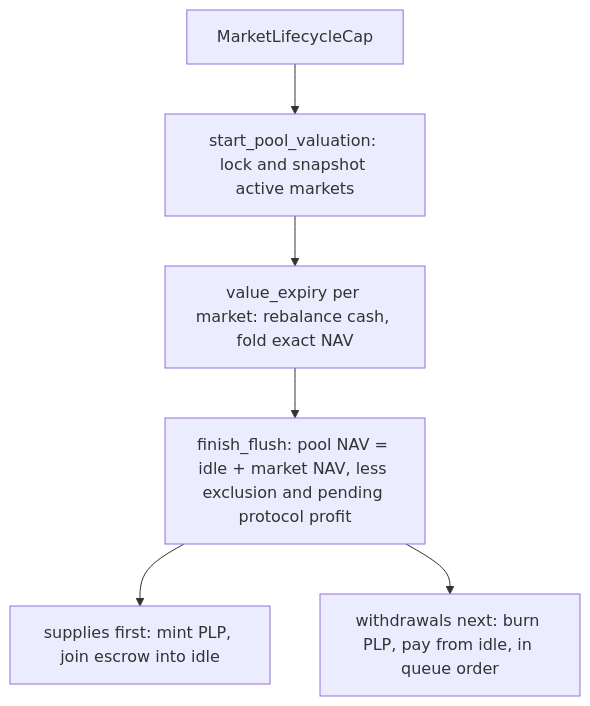
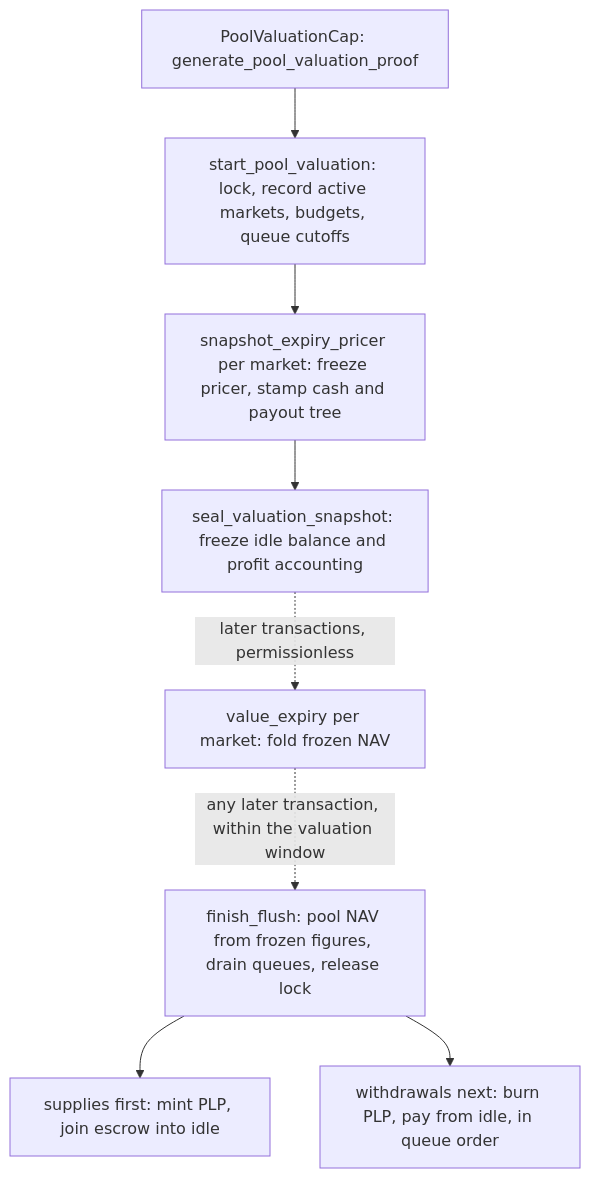
The diagram in docs/content/onchain-finance/deepbook/deepbook-predict/design.mdx (MystenLabs/sui), drawn with Mermaid before and after one commit. The commit also changed other lines of this file and 21 other files, not shown here.

````diff
--- a/docs/content/onchain-finance/deepbook/deepbook-predict/design.mdx
+++ b/docs/content/onchain-finance/deepbook/deepbook-predict/design.mdx
@@ -164,8 +173,10 @@
 ```mermaid
 flowchart TD
-  CAP["MarketLifecycleCap"] --> START["start_pool_valuation: lock and snapshot active markets"]
-  START --> VAL["value_expiry per market: rebalance cash, fold exact NAV"]
-  VAL --> FIN["finish_flush: pool NAV = idle + market NAV, less exclusion and pending protocol profit"]
+  CAP["PoolValuationCap: generate_pool_valuation_proof"] --> START["start_pool_valuation: lock, record active markets, budgets, queue cutoffs"]
+  START --> SNAP["snapshot_expiry_pricer per market: freeze pricer, stamp cash and payout tree"]
+  SNAP --> SEAL["seal_valuation_snapshot: freeze idle balance and profit accounting"]
+  SEAL -. later transactions, permissionless .-> VAL["value_expiry per market: fold frozen NAV"]
+  VAL -. any later transaction, within the valuation window .-> FIN["finish_flush: pool NAV from frozen figures, drain queues, release lock"]
   FIN --> SUP["supplies first: mint PLP, join escrow into idle"]
   FIN --> WD["withdrawals next: burn PLP, pay from idle, in queue order"]
 ```
````
